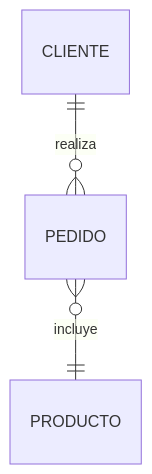
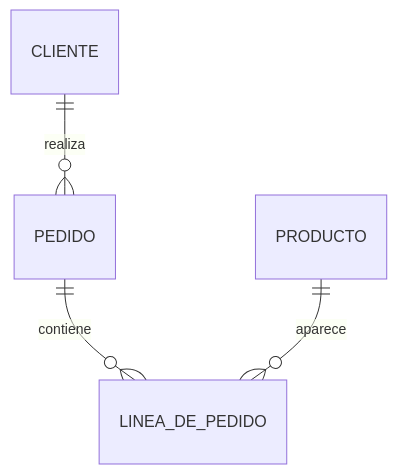
One commit to nbfrodri/devly changed the diagram in src/content/es/articles/modelo-entidad-relacion.mdx. Above: the diagram before and after it, drawn with Mermaid. The commit also changed other lines of this file and 35 other files, not shown here.

````diff
--- a/src/content/es/articles/modelo-entidad-relacion.mdx
+++ b/src/content/es/articles/modelo-entidad-relacion.mdx
@@ -118,5 +140,6 @@
 ```mermaid
 erDiagram
 	CLIENTE ||--o{ PEDIDO : realiza
-	PEDIDO }o--|| PRODUCTO : incluye
+	PEDIDO ||--o{ LINEA_DE_PEDIDO : contiene
+	PRODUCTO ||--o{ LINEA_DE_PEDIDO : aparece
 ```
````
